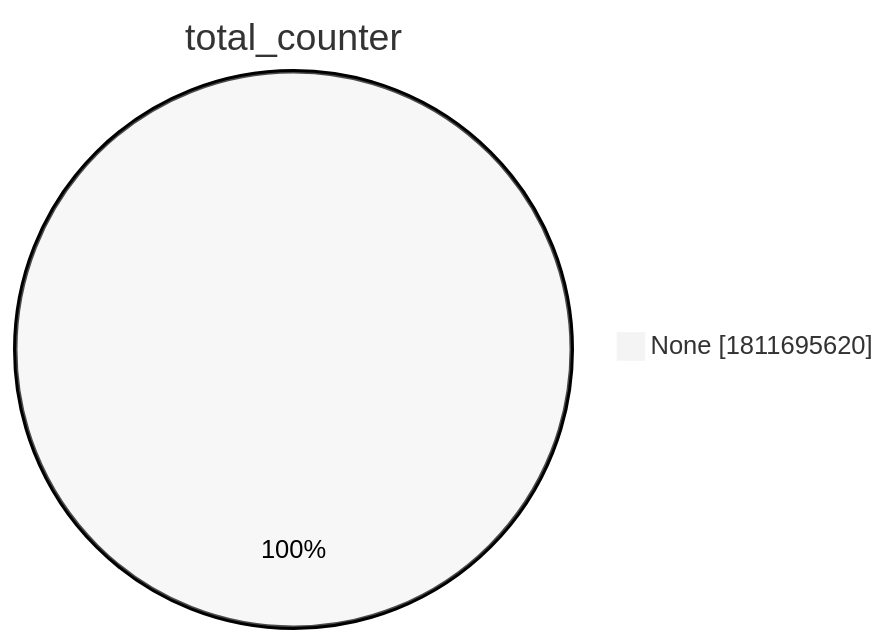
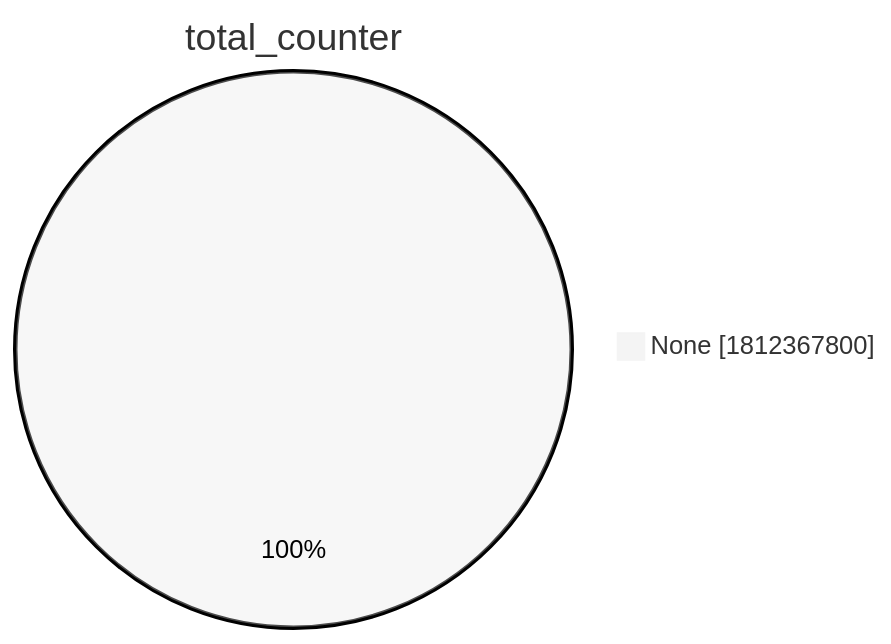
The second of 15 diagrams in xenon2022/README.md (christiankrug/ctmonitor_visualization), drawn with Mermaid (neutral theme) before and after one commit. The commit also changed other lines of this file, not shown here.

````diff
--- a/xenon2022/README.md
+++ b/xenon2022/README.md
@@ -9,5 +9,5 @@
 ```mermaid
 pie showData
 title total_counter
-"None" :1811695620
+"None" :1812367800
 ```
````
